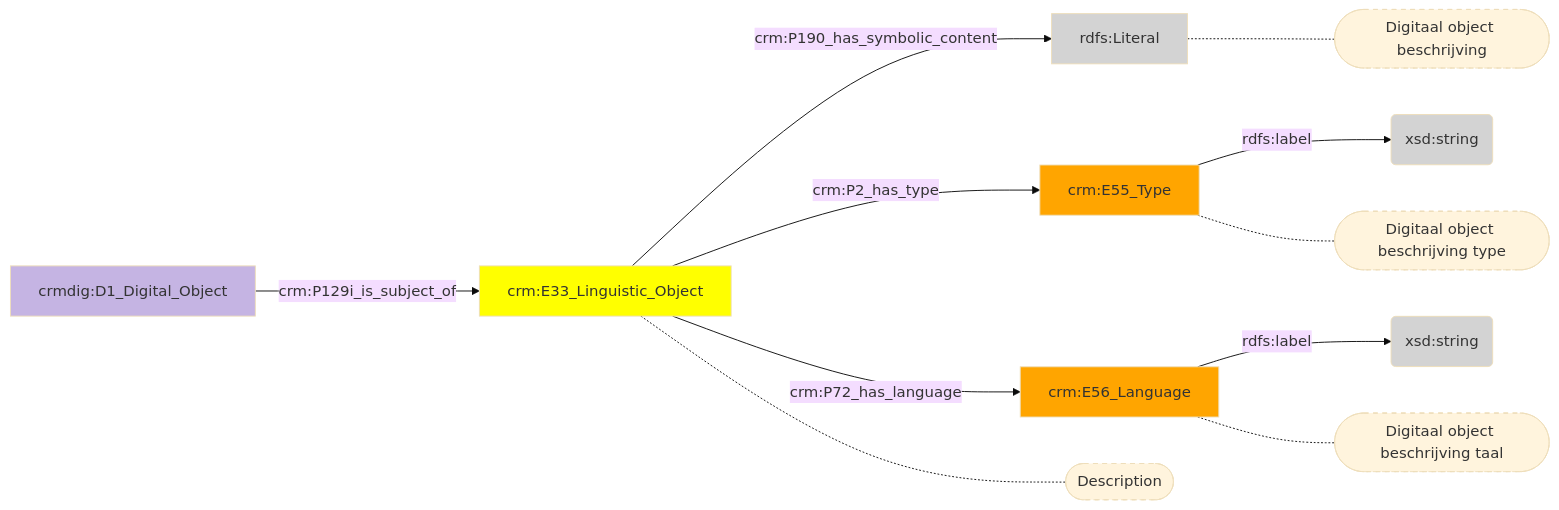
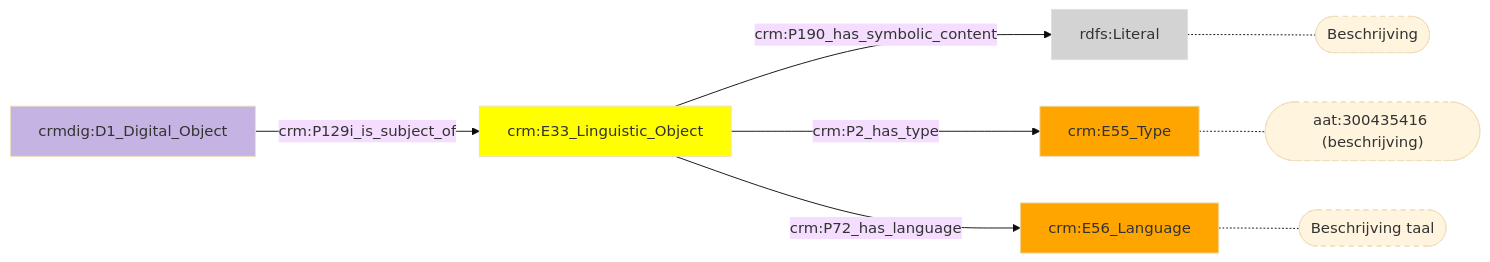
Before and after one commit to digipolisantwerpdocumentation/antwerp-cultureel-erfgoed: the diagram in docs/content/modellen/DigitalObject/Inhoud.md, drawn with Mermaid (base theme). The commit also changed 170 other files, not shown here.

````diff
--- a/docs/content/modellen/DigitalObject/Inhoud.md
+++ b/docs/content/modellen/DigitalObject/Inhoud.md
@@ -1,24 +1,18 @@
 ```mermaid
 graph LR
+style ad7fa020-04fa-11ee-9497-96a6d2455259 fill:#ffff00
+style ad7fb3a8-04fa-11ee-9497-96a6d2455259 fill:#C5B4E3
+style ad7fb5ba-04fa-11ee-9497-96a6d2455259 fill:#D3D3D3
+style ad7fb7ea-04fa-11ee-9497-96a6d2455259 fill:#ffa500
+style ad7fb9fc-04fa-11ee-9497-96a6d2455259 fill:#ffa500
 ad7fa020-04fa-11ee-9497-96a6d2455259["crm:E33_Linguistic_Object"]-->|"crm:P190_has_symbolic_content"|ad7fb5ba-04fa-11ee-9497-96a6d2455259(rdfs:Literal)
-ad7fb7ea-04fa-11ee-9497-96a6d2455259["crm:E55_Type"]-->|"rdfs:label"|ad7fb6d2-04fa-11ee-9497-96a6d2455259(xsd:string)
-ad7fb9fc-04fa-11ee-9497-96a6d2455259["crm:E56_Language"]-->|"rdfs:label"|ad7fb8ee-04fa-11ee-9497-96a6d2455259(xsd:string)
 ad7fa020-04fa-11ee-9497-96a6d2455259["crm:E33_Linguistic_Object"]-->|"crm:P2_has_type"|ad7fb7ea-04fa-11ee-9497-96a6d2455259["crm:E55_Type"]
 ad7fa020-04fa-11ee-9497-96a6d2455259["crm:E33_Linguistic_Object"]-->|"crm:P72_has_language"|ad7fb9fc-04fa-11ee-9497-96a6d2455259["crm:E56_Language"]
 ad7fb3a8-04fa-11ee-9497-96a6d2455259["crmdig:D1_Digital_Object"]-->|"crm:P129i_is_subject_of"|ad7fa020-04fa-11ee-9497-96a6d2455259["crm:E33_Linguistic_Object"]
-ad7fb5ba-04fa-11ee-9497-96a6d2455259["rdfs:Literal"]-.-ad7fb5ba-04fa-11ee-9497-96a6d2455259_s(["Digitaal object beschrijving"])
-ad7fb7ea-04fa-11ee-9497-96a6d2455259["crm:E55_Type"]-.-ad7fb7ea-04fa-11ee-9497-96a6d2455259_s(["Digitaal object beschrijving type"])
-ad7fb9fc-04fa-11ee-9497-96a6d2455259["crm:E56_Language"]-.-ad7fb9fc-04fa-11ee-9497-96a6d2455259_s(["Digitaal object beschrijving taal"])
-ad7fa020-04fa-11ee-9497-96a6d2455259["crm:E33_Linguistic_Object"]-.-ad7fa020-04fa-11ee-9497-96a6d2455259_s(["Description"])
+ad7fb5ba-04fa-11ee-9497-96a6d2455259["rdfs:Literal"]-.-ad7fb5ba-04fa-11ee-9497-96a6d2455259_s(["Beschrijving"])
+ad7fb7ea-04fa-11ee-9497-96a6d2455259["crm:E55_Type"]-.-ad7fb7ea-04fa-11ee-9497-96a6d2455259_s(["aat:300435416 (beschrijving)"])
+ad7fb9fc-04fa-11ee-9497-96a6d2455259["crm:E56_Language"]-.-ad7fb9fc-04fa-11ee-9497-96a6d2455259_s(["Beschrijving taal"])
 style ad7fb5ba-04fa-11ee-9497-96a6d2455259_s stroke-dasharray: 5
 style ad7fb7ea-04fa-11ee-9497-96a6d2455259_s stroke-dasharray: 5
 style ad7fb9fc-04fa-11ee-9497-96a6d2455259_s stroke-dasharray: 5
-style ad7fa020-04fa-11ee-9497-96a6d2455259_s stroke-dasharray: 5
-style ad7fa020-04fa-11ee-9497-96a6d2455259 fill:#ffff00
-style ad7fb3a8-04fa-11ee-9497-96a6d2455259 fill:#C5B4E3
-style ad7fb5ba-04fa-11ee-9497-96a6d2455259 fill:#D3D3D3
-style ad7fb6d2-04fa-11ee-9497-96a6d2455259 fill:#D3D3D3
-style ad7fb7ea-04fa-11ee-9497-96a6d2455259 fill:#ffa500
-style ad7fb8ee-04fa-11ee-9497-96a6d2455259 fill:#D3D3D3
-style ad7fb9fc-04fa-11ee-9497-96a6d2455259 fill:#ffa500
 ```
````
